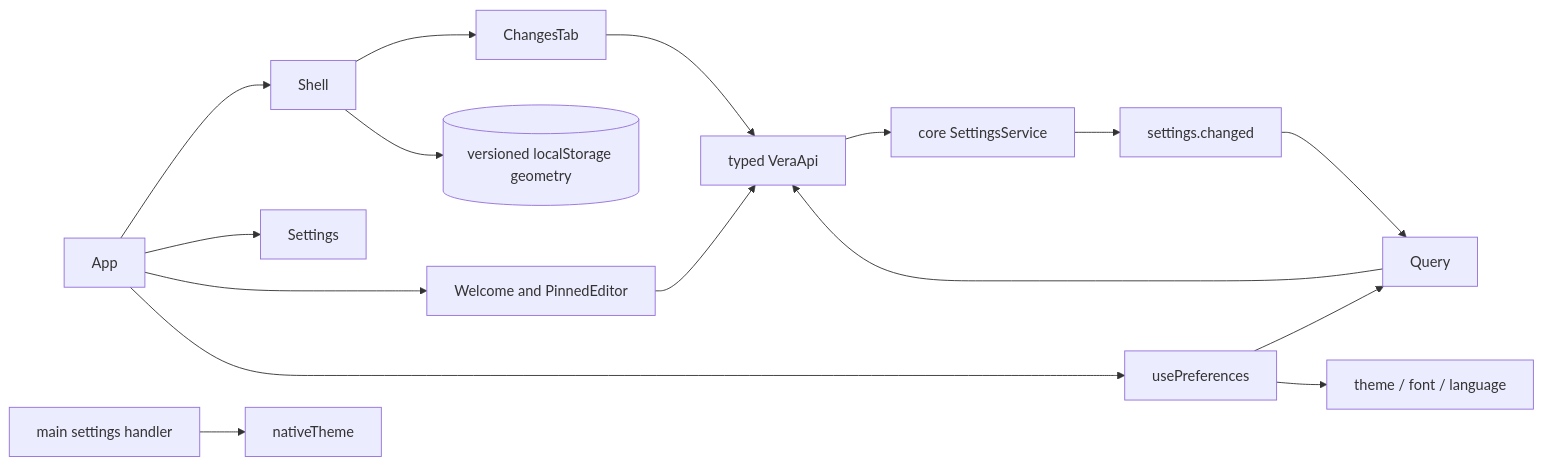
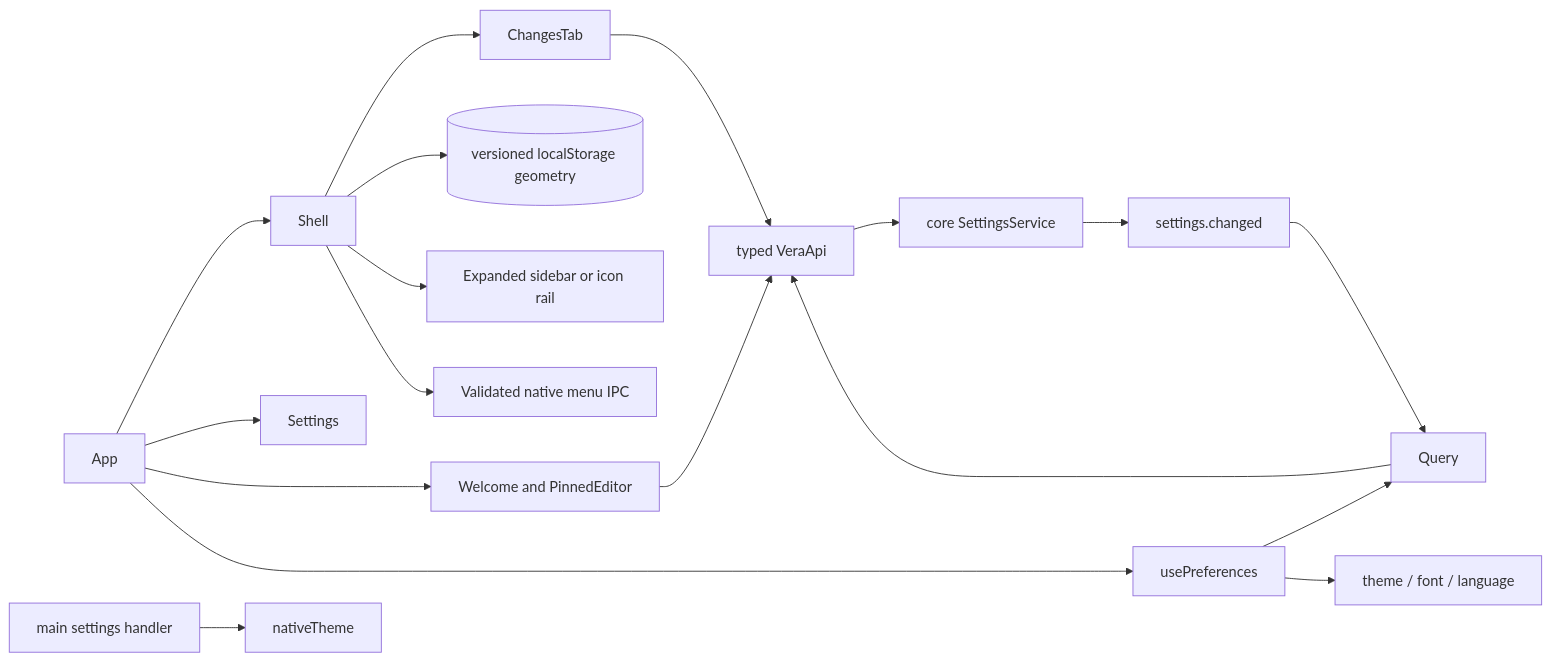
Before and after one commit to DDP-Engineering/2026_Virtual_Embedded_Rig_Assistant: the diagram in .agentic/knowledge/renderer-foundation.md, drawn with Mermaid. The commit also changed other lines of this file and 34 other files, not shown here.

````diff
--- a/.agentic/knowledge/renderer-foundation.md
+++ b/.agentic/knowledge/renderer-foundation.md
@@ -79,18 +86,20 @@
 ```mermaid
 flowchart LR
   App --> Shell
   App --> Settings
   App --> Workbench[Welcome and PinnedEditor]
   Workbench --> API
   App --> usePreferences
   usePreferences --> Query
   Query --> API[typed VeraApi]
   API --> service[core SettingsService]
   service --> event[settings.changed]
   event --> Query
   usePreferences --> root[theme / font / language]
   Shell --> ChangesTab
   ChangesTab --> API
   Shell --> layout[(versioned localStorage geometry)]
+  Shell --> Rail[Expanded sidebar or icon rail]
+  Shell --> NativeMenu[Validated native menu IPC]
   main[main settings handler] --> nativeTheme
 ```
````
